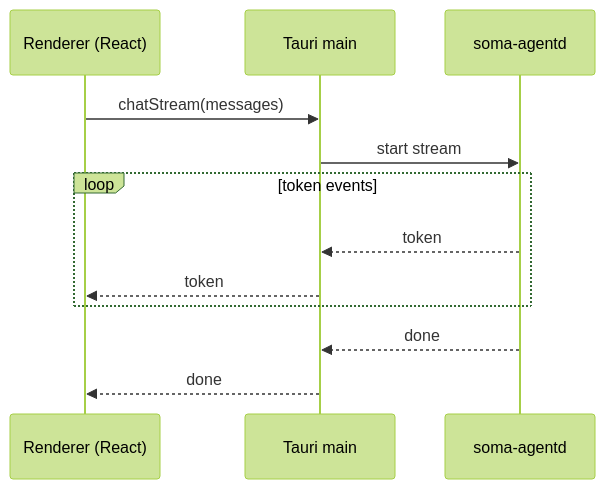
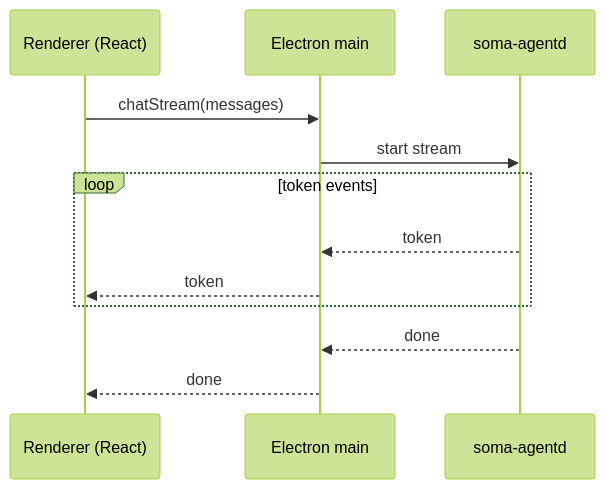
Before and after one commit to stephane-segning/soma: the fourth of 4 diagrams in docs/src/architecture/e2e-flows.md, drawn with Mermaid (forest theme). The commit also changed other lines of this file and 30 other files, not shown here.

First line of the commit message:
feat: migrate desktop application from Tauri to Electron

````diff
--- a/docs/src/architecture/e2e-flows.md
+++ b/docs/src/architecture/e2e-flows.md
@@ -97,15 +97,15 @@
 ```mermaid
 sequenceDiagram
   participant R as Renderer (React)
-  participant M as Tauri main
+  participant M as Electron main
   participant A as soma-agentd
 
   R->>M: chatStream(messages)
   M->>A: start stream
   loop token events
     A-->>M: token
     M-->>R: token
   end
   A-->>M: done
   M-->>R: done
 ```
````
